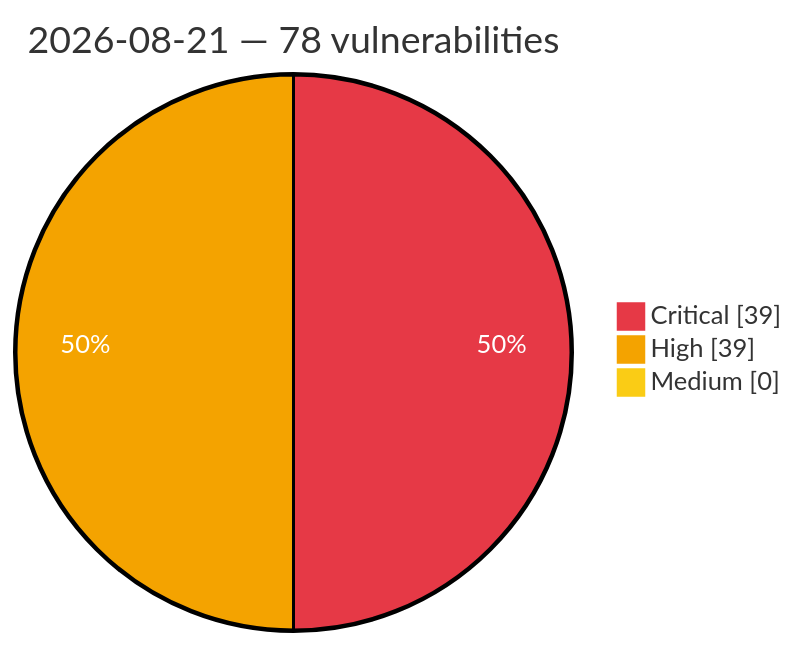
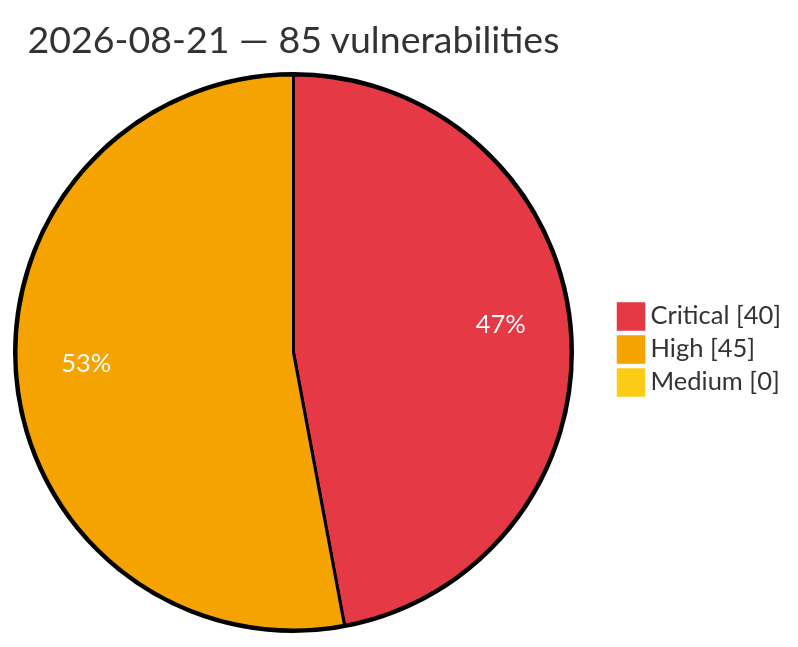
The diagram in vulnerabilities/2026/August/2026-08-21.md (GhostX0X/vuln-tracker), drawn with Mermaid before and after one commit. The commit also changed other lines of this file and 5 other files, not shown here.

Commit message:
Auto update: critical/high vulns (2026-08-22 01:05 UTC)

````diff
--- a/vulnerabilities/2026/August/2026-08-21.md
+++ b/vulnerabilities/2026/August/2026-08-21.md
@@ -3,8 +3,8 @@
 ```mermaid
 %%{init: {'theme':'base', 'themeVariables': {'pie1':'#e63946', 'pie2':'#f4a300', 'pie3':'#facc15', 'pieOpacity':'1', 'pieOuterStrokeWidth':'2px', 'pieSectionTextColor':'#ffffff'}}}%%
 pie showData
-    title 2026-08-21 — 78 vulnerabilities
-    "Critical" : 39
-    "High" : 39
+    title 2026-08-21 — 85 vulnerabilities
+    "Critical" : 40
+    "High" : 45
     "Medium" : 0
 ```
````
